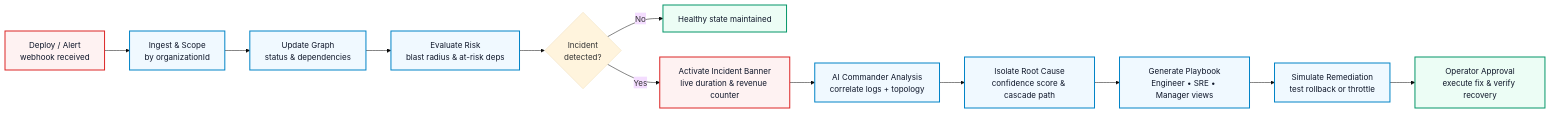
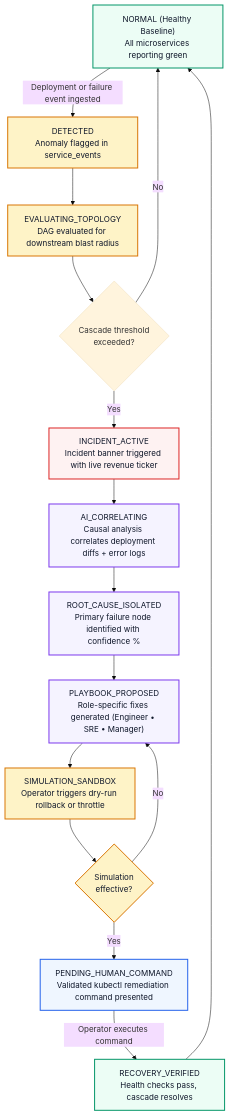
One commit to sudhanshukumar03/Context changed the second of 3 diagrams in README.md. Above: the diagram before and after it, drawn with Mermaid (base theme). The commit also changed other lines of this file, not shown here.

Commit message:
docs: add comprehensive system architecture design and diagrams to README

````diff
--- a/README.md
+++ b/README.md
@@ -179,21 +228,29 @@
 ```mermaid
-flowchart LR
-    A["Deploy / Alert<br/>webhook received"] --> B["Ingest & Scope<br/>by organizationId"]
-    B --> C["Update Graph<br/>status & dependencies"]
-    C --> D["Evaluate Risk<br/>blast radius & at-risk deps"]
-    D --> E{"Incident<br/>detected?"}
-    E -->|"No"| F["Healthy state maintained"]
-    E -->|"Yes"| G["Activate Incident Banner<br/>live duration & revenue counter"]
-    G --> H["AI Commander Analysis<br/>correlate logs + topology"]
-    H --> I["Isolate Root Cause<br/>confidence score & cascade path"]
-    I --> J["Generate Playbook<br/>Engineer • SRE • Manager views"]
-    J --> K["Simulate Remediation<br/>test rollback or throttle"]
-    K --> L["Operator Approval<br/>execute fix & verify recovery"]
+flowchart TD
+    S0["NORMAL (Healthy Baseline)<br/>All microservices reporting green"] -->|"Deployment or failure event ingested"| S1["DETECTED<br/>Anomaly flagged in service_events"]
+    S1 --> S2["EVALUATING_TOPOLOGY<br/>DAG evaluated for downstream blast radius"]
+    S2 --> S3{"Cascade threshold<br/>exceeded?"}
+    S3 -->|"No"| S0
+    S3 -->|"Yes"| S4["INCIDENT_ACTIVE<br/>Incident banner triggered with live revenue ticker"]
+    S4 --> S5["AI_CORRELATING<br/>Causal analysis correlates deployment diffs + error logs"]
+    S5 --> S6["ROOT_CAUSE_ISOLATED<br/>Primary failure node identified with confidence %"]
+    S6 --> S7["PLAYBOOK_PROPOSED<br/>Role-specific fixes generated (Engineer • SRE • Manager)"]
+    S7 --> S8["SIMULATION_SANDBOX<br/>Operator triggers dry-run rollback or throttle"]
+    S8 --> S9{"Simulation<br/>effective?"}
+    S9 -->|"No"| S7
+    S9 -->|"Yes"| S10["PENDING_HUMAN_COMMAND<br/>Validated kubectl remediation command presented"]
+    S10 -->|"Operator executes command"| S11["RECOVERY_VERIFIED<br/>Health checks pass, cascade resolves"]
+    S11 --> S0
 
-    classDef alert fill:#FEF2F2,stroke:#DC2626,stroke-width:2px,color:#0F172A
-    classDef success fill:#ECFDF5,stroke:#059669,stroke-width:2px,color:#0F172A
-    classDef step fill:#F0F9FF,stroke:#0284C7,stroke-width:2px,color:#0F172A
-    class A,G alert
-    class F,L success
-    class B,C,D,H,I,J,K step
+    classDef normal fill:#ECFDF5,stroke:#059669,stroke-width:2px,color:#0F172A
+    classDef warn fill:#FEF3C7,stroke:#D97706,stroke-width:2px,color:#0F172A
+    classDef crit fill:#FEF2F2,stroke:#DC2626,stroke-width:2px,color:#0F172A
+    classDef ai fill:#F5F3FF,stroke:#7C3AED,stroke-width:2px,color:#0F172A
+    classDef action fill:#EFF6FF,stroke:#2563EB,stroke-width:2px,color:#0F172A
+
+    class S0,S11 normal
+    class S1,S2,S8,S9 warn
+    class S4 crit
+    class S5,S6,S7 ai
+    class S10 action
 ```
````
